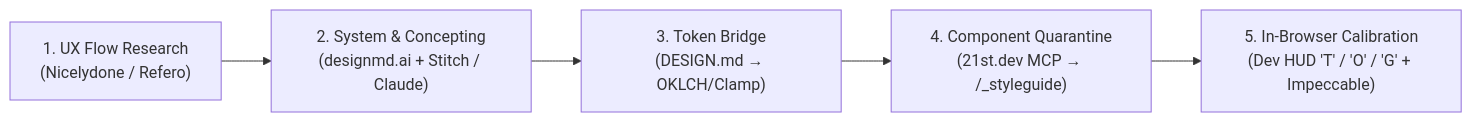
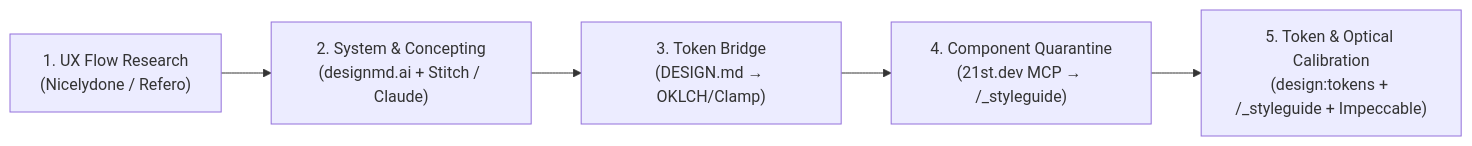
The diagram in docs/design-interchange.md (Vermeulen-Solutions/baseline), drawn with Mermaid before and after one commit. The commit also changed other lines of this file and 3 other files, not shown here.

Commit message:
docs: remove remaining Dev HUD references across workflow and interchange guides

````diff
--- a/docs/design-interchange.md
+++ b/docs/design-interchange.md
@@ -11,7 +11,7 @@
 ```mermaid
 flowchart LR
     S1["1. UX Flow Research<br/>(Nicelydone / Refero)"] --> S2["2. System & Concepting<br/>(designmd.ai + Stitch / Claude)"]
     S2 --> S3["3. Token Bridge<br/>(DESIGN.md → OKLCH/Clamp)"]
     S3 --> S4["4. Component Quarantine<br/>(21st.dev MCP → /_styleguide)"]
-    S4 --> S5["5. In-Browser Calibration<br/>(Dev HUD 'T' / 'O' / 'G' + Impeccable)"]
+    S4 --> S5["5. Token & Optical Calibration<br/>(design:tokens + /_styleguide + Impeccable)"]
 ```
````
